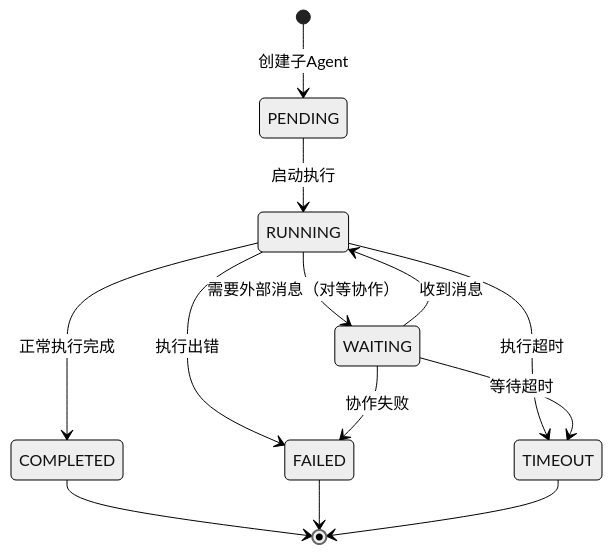
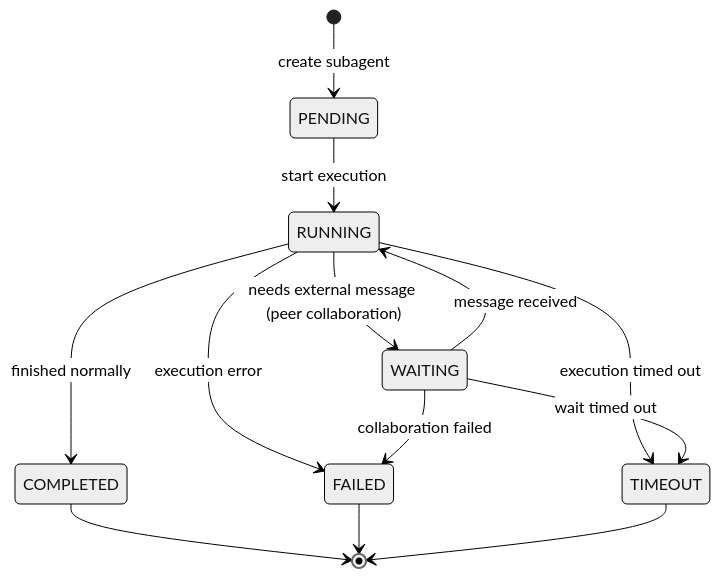
Before and after one commit to holny/Agent-Harness-Develop-Book: the tenth of 46 diagrams in README.md, drawn with Mermaid (neutral theme). The commit also changed other lines of this file and 66 other files, not shown here.

Commit message:
Add English edition (default) with Chinese version, redraw 8 interactive diagrams in English, translate mermaid/ASCII diagrams and code comments

````diff
--- a/README.md
+++ b/README.md
@@ -1619,20 +1676,20 @@
 ```mermaid
 stateDiagram-v2
-    [*] --> PENDING: 创建子Agent
+    [*] --> PENDING: create subagent
     
-    PENDING --> RUNNING: 启动执行
+    PENDING --> RUNNING: start execution
     
-    RUNNING --> WAITING: 需要外部消息（对等协作）
-    WAITING --> RUNNING: 收到消息
+    RUNNING --> WAITING: needs external message (peer collaboration)
+    WAITING --> RUNNING: message received
     
-    RUNNING --> COMPLETED: 正常执行完成
-    RUNNING --> FAILED: 执行出错
-    RUNNING --> TIMEOUT: 执行超时
+    RUNNING --> COMPLETED: finished normally
+    RUNNING --> FAILED: execution error
+    RUNNING --> TIMEOUT: execution timed out
     
-    WAITING --> TIMEOUT: 等待超时
-    WAITING --> FAILED: 协作失败
+    WAITING --> TIMEOUT: wait timed out
+    WAITING --> FAILED: collaboration failed
     
     COMPLETED --> [*]
     FAILED --> [*]
     TIMEOUT --> [*]
 ```
````
